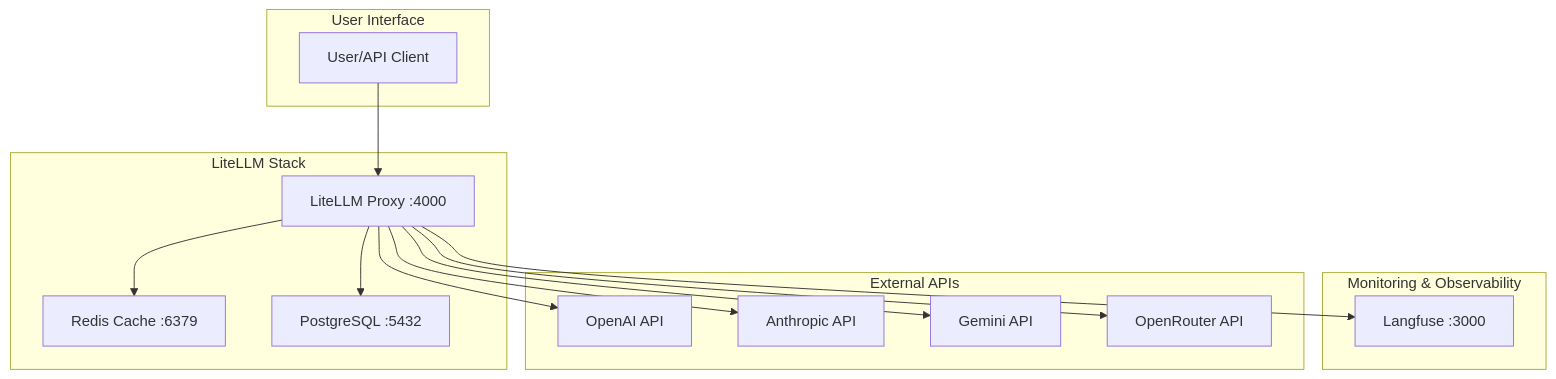
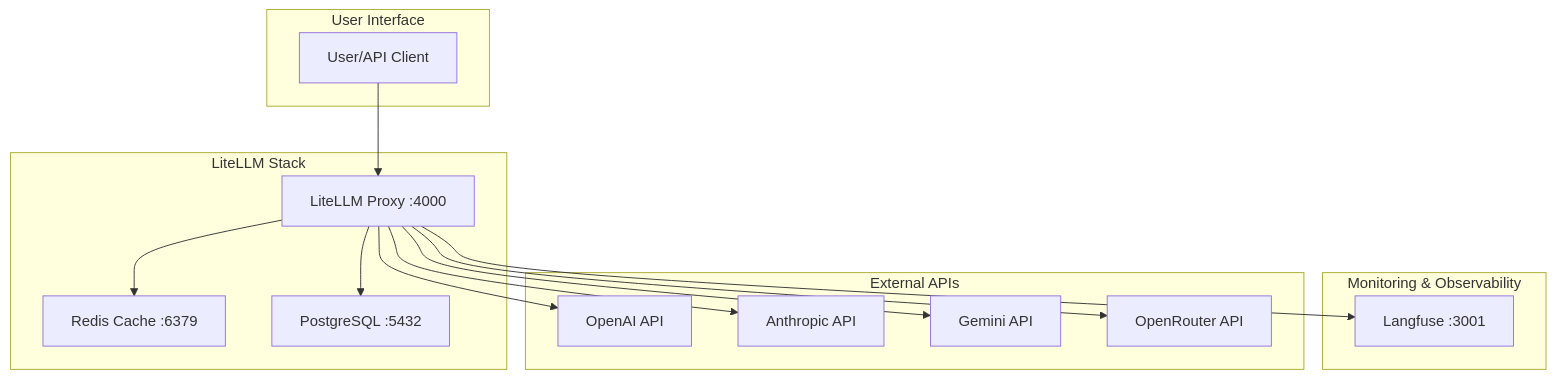
One commit to HikaruEgashira/ai-infra changed the diagram in README.md. Above: the diagram before and after it, drawn with Mermaid. The commit also changed other lines of this file, not shown here.

Commit message:
docs: update Langfuse port to 3001
Remove client-specific documentation and focus on infrastructure.

````diff
--- a/README.md
+++ b/README.md
@@ -7,33 +7,33 @@
 ```mermaid
 graph TB
     subgraph "User Interface"
         UI[User/API Client]
     end
     
     subgraph "LiteLLM Stack"
         LLM[LiteLLM Proxy :4000]
         REDIS[Redis Cache :6379]
         POSTGRES[PostgreSQL :5432]
     end
     
     subgraph "Monitoring & Observability"
-        LANGFUSE[Langfuse :3000]
+        LANGFUSE[Langfuse :3001]
     end
     
     subgraph "External APIs"
         OPENAI[OpenAI API]
         ANTHROPIC[Anthropic API]
         GEMINI[Gemini API]
         OPENROUTER[OpenRouter API]
     end
     
     UI --> LLM
     LLM --> REDIS
     LLM --> POSTGRES
     LLM --> OPENAI
     LLM --> ANTHROPIC
     LLM --> GEMINI
     LLM --> OPENROUTER
     
     LLM --> LANGFUSE
 ```
````
